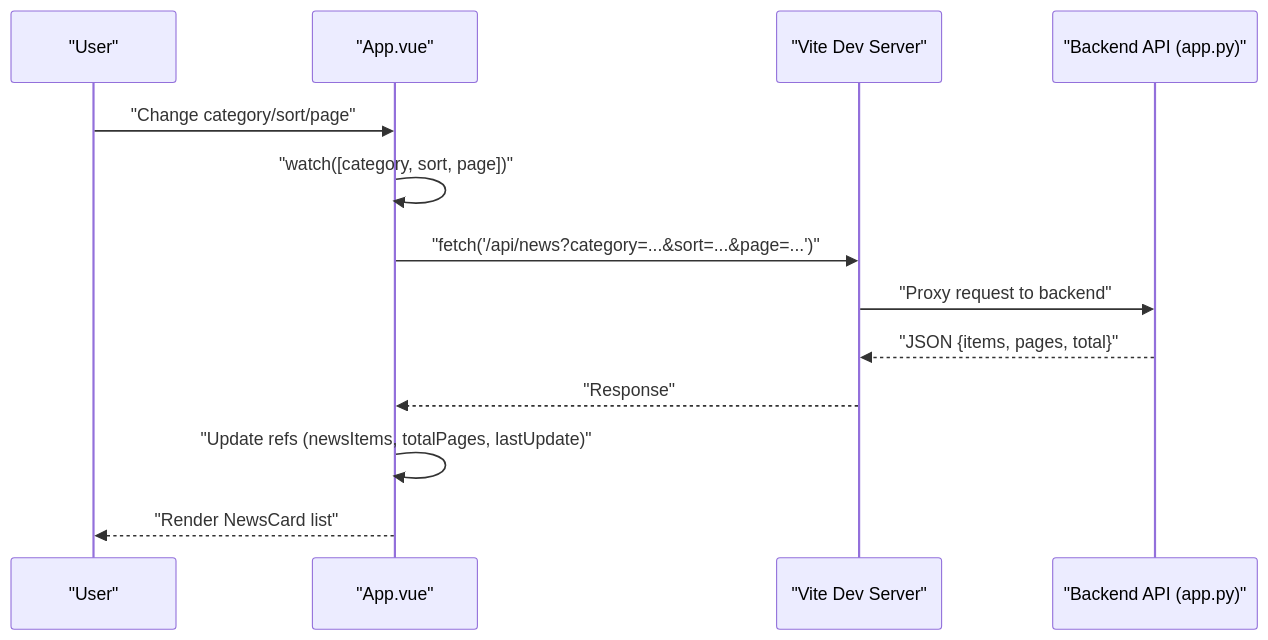
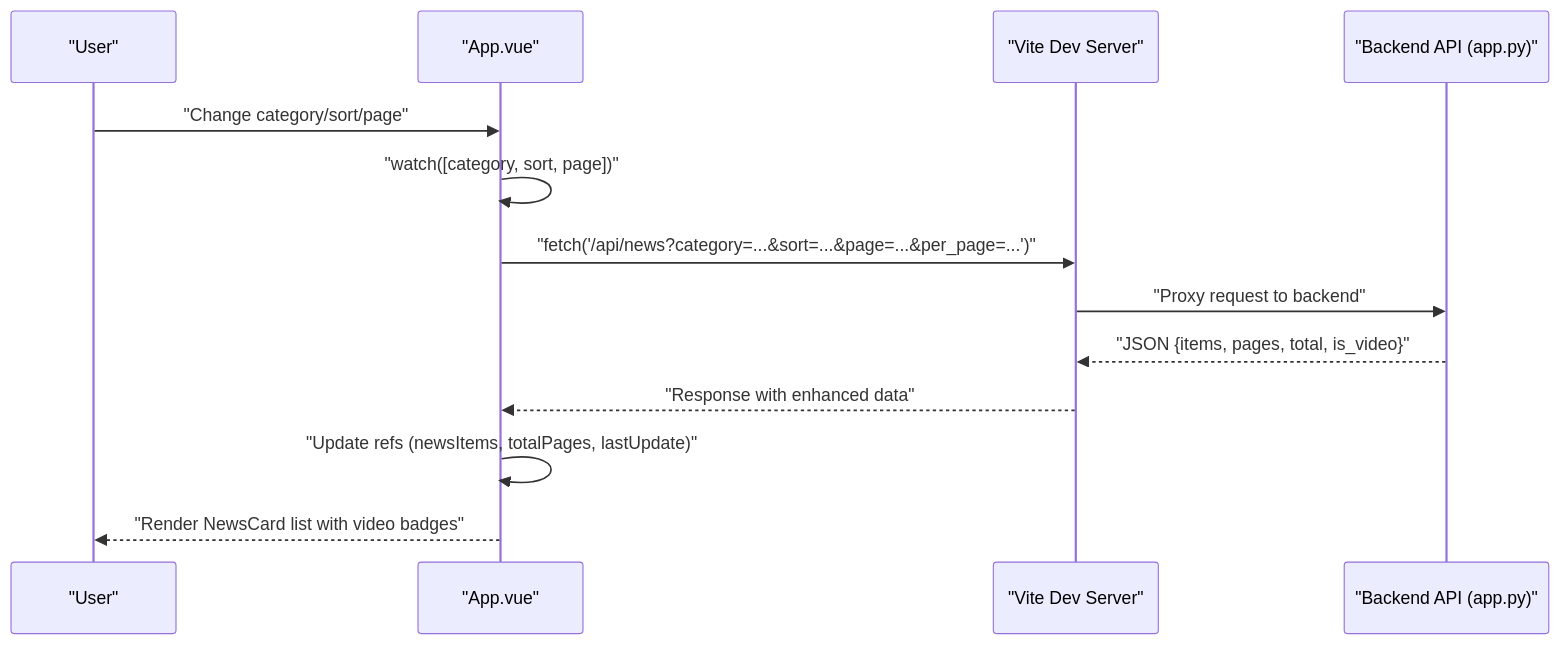
Before and after one commit to zbw-zbw/news-aggregator: the second of 6 diagrams in .qoder/repowiki/en/content/Frontend Application/Frontend Application.md, drawn with Mermaid. The commit also changed other lines of this file and 9 other files, not shown here.

````diff
--- a/.qoder/repowiki/en/content/Frontend Application/Frontend Application.md
+++ b/.qoder/repowiki/en/content/Frontend Application/Frontend Application.md
@@ -107,15 +130,15 @@
 ```mermaid
 sequenceDiagram
 participant U as "User"
 participant A as "App.vue"
 participant V as "Vite Dev Server"
 participant B as "Backend API (app.py)"
 U->>A : "Change category/sort/page"
 A->>A : "watch([category, sort, page])"
-A->>V : "fetch('/api/news?category=...&sort=...&page=...')"
+A->>V : "fetch('/api/news?category=...&sort=...&page=...&per_page=...')"
 V->>B : "Proxy request to backend"
-B-->>V : "JSON {items, pages, total}"
-V-->>A : "Response"
+B-->>V : "JSON {items, pages, total, is_video}"
+V-->>A : "Response with enhanced data"
 A->>A : "Update refs (newsItems, totalPages, lastUpdate)"
-A-->>U : "Render NewsCard list"
+A-->>U : "Render NewsCard list with video badges"
 ```
````
